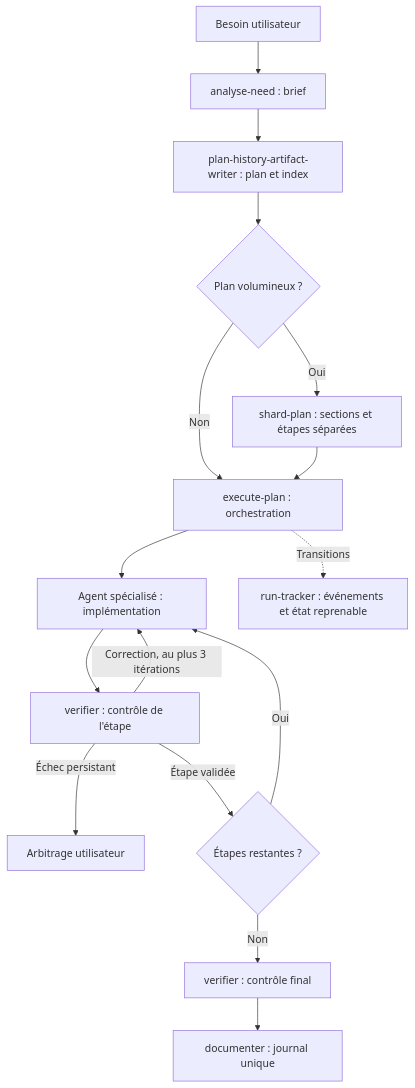
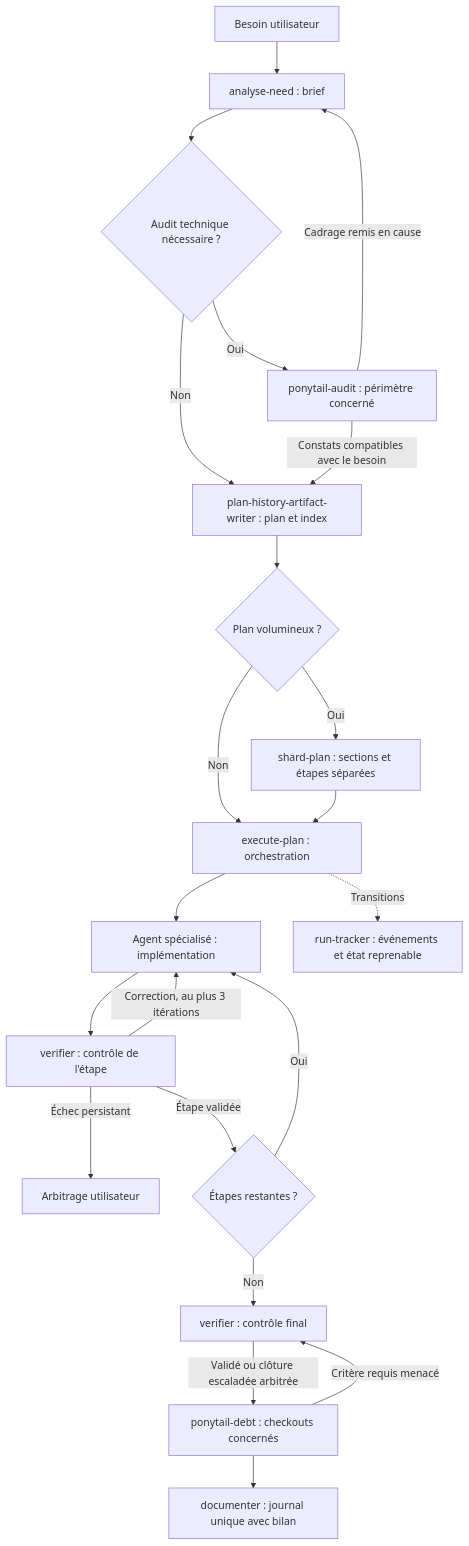
Before and after one commit to alexandre-plana/bmad-inspired-workflow: the diagram in README.md, drawn with Mermaid. The commit also changed other lines of this file and 211 other files, not shown here.

Commit message:
feat: integrate complete Ponytail 5 with need analysis and debt closure

````diff
--- a/README.md
+++ b/README.md
@@ -9,18 +9,24 @@
 ```mermaid
 flowchart TD
     A[Besoin utilisateur] --> B[analyse-need : brief]
-    B --> C[plan-history-artifact-writer : plan et index]
+    B --> Q{Audit technique nécessaire ?}
+    Q -->|Oui| U[ponytail-audit : périmètre concerné]
+    Q -->|Non| C[plan-history-artifact-writer : plan et index]
+    U -->|Constats compatibles avec le besoin| C
+    U -->|Cadrage remis en cause| B
     C --> D{Plan volumineux ?}
     D -->|Oui| E[shard-plan : sections et étapes séparées]
     D -->|Non| F[execute-plan : orchestration]
     E --> F
     F --> G[Agent spécialisé : implémentation]
     G --> H[verifier : contrôle de l'étape]
     H -->|Correction, au plus 3 itérations| G
     H -->|Échec persistant| I[Arbitrage utilisateur]
     H -->|Étape validée| J{Étapes restantes ?}
     J -->|Oui| G
     J -->|Non| K[verifier : contrôle final]
-    K --> L[documenter : journal unique]
+    K -->|Validé ou clôture escaladée arbitrée| N[ponytail-debt : checkouts concernés]
+    N --> L[documenter : journal unique avec bilan]
+    N -->|Critère requis menacé| K
     F -. Transitions .-> M[run-tracker : événements et état reprenable]
 ```
````
